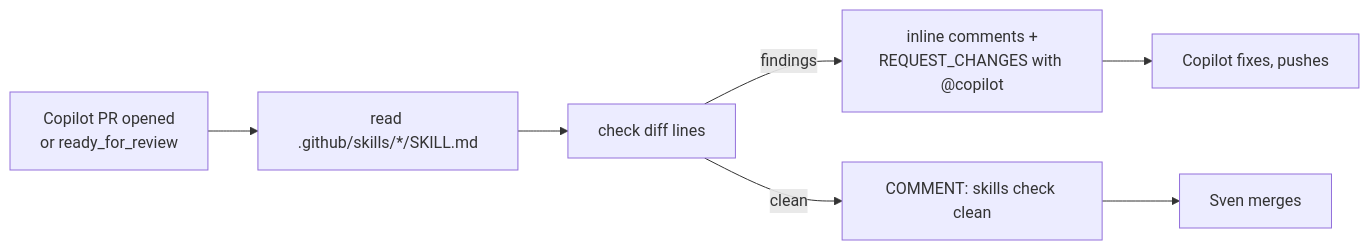
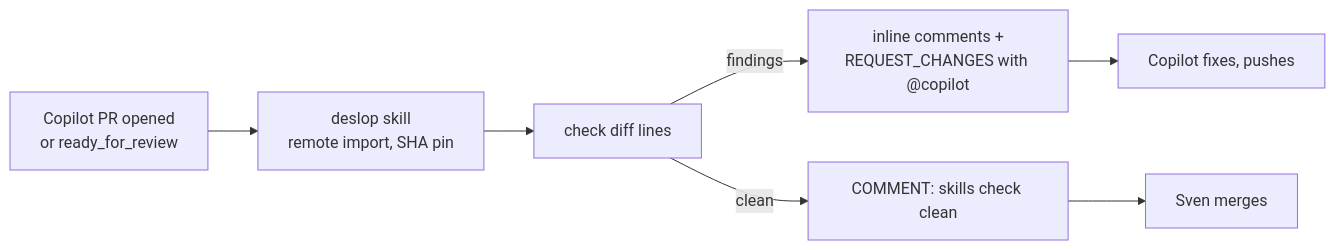
One commit to svennijhuis/agentic-workflows changed the fourth of 4 diagrams in workflows/README.md. Above: the diagram before and after it, drawn with Mermaid. The commit also changed other lines of this file and 4 other files, not shown here.

Commit message:
Drop skills-sync per Sven; pr-check imports deslop remote from cursor/plugins@ae5650f; README

````diff
--- a/workflows/README.md
+++ b/workflows/README.md
@@ -121,9 +98,9 @@
 ```mermaid
 flowchart LR
-  A[Copilot PR opened<br/>or ready_for_review] --> B[read .github/skills/*/SKILL.md]
+  A[Copilot PR opened<br/>or ready_for_review] --> B[deslop skill<br/>remote import, SHA pin]
   B --> C[check diff lines]
   C -->|findings| D[inline comments +<br/>REQUEST_CHANGES with @copilot]
   D --> E[Copilot fixes, pushes]
   C -->|clean| F[COMMENT: skills check clean]
   F --> G[Sven merges]
 ```
````
